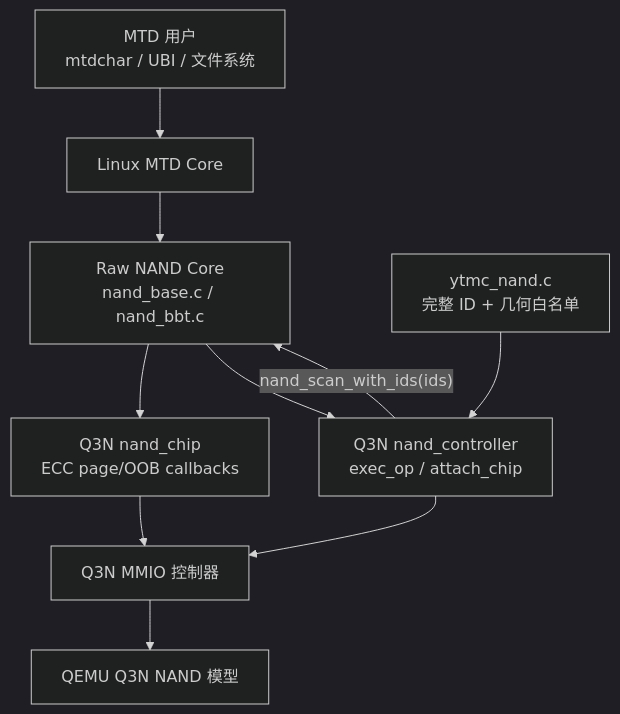
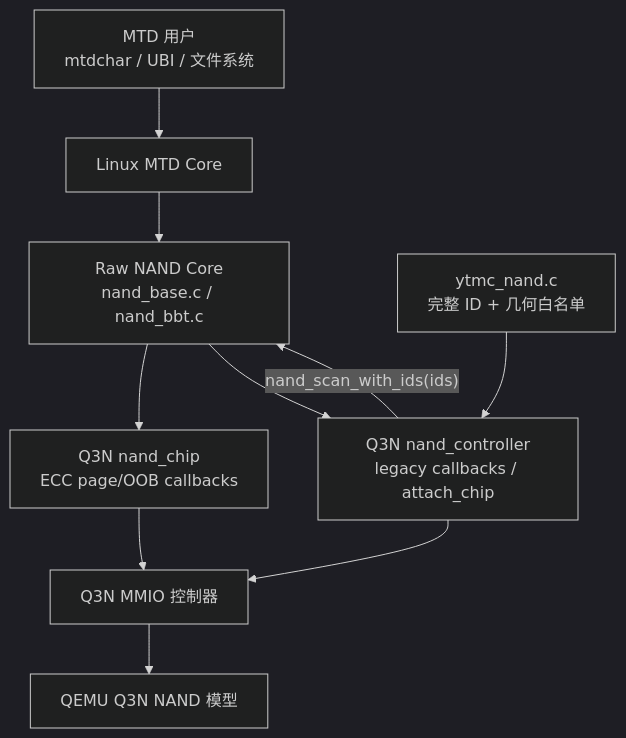
Before and after one commit to avenstar65/3dnand_test: the first of 10 diagrams in docs/superpowers/specs/2026-07-28-q3n-nand-core-ecc-read-retry-design.md, drawn with Mermaid (dark theme). The commit also changed other lines of this file and 5 other files, not shown here.

````diff
--- a/docs/superpowers/specs/2026-07-28-q3n-nand-core-ecc-read-retry-design.md
+++ b/docs/superpowers/specs/2026-07-28-q3n-nand-core-ecc-read-retry-design.md
@@ -132,12 +133,12 @@
 ```mermaid
 flowchart TD
     A["MTD 用户<br/>mtdchar / UBI / 文件系统"] --> B["Linux MTD Core"]
     B --> C["Raw NAND Core<br/>nand_base.c / nand_bbt.c"]
     C --> D["Q3N nand_chip<br/>ECC page/OOB callbacks"]
-    C --> E["Q3N nand_controller<br/>exec_op / attach_chip"]
+    C --> E["Q3N nand_controller<br/>legacy callbacks / attach_chip"]
     H["ytmc_nand.c<br/>完整 ID + 几何白名单"] --> E
     E -->|"nand_scan_with_ids(ids)"| C
     D --> F["Q3N MMIO 控制器"]
     E --> F
     F --> G["QEMU Q3N NAND 模型"]
 ```
````
